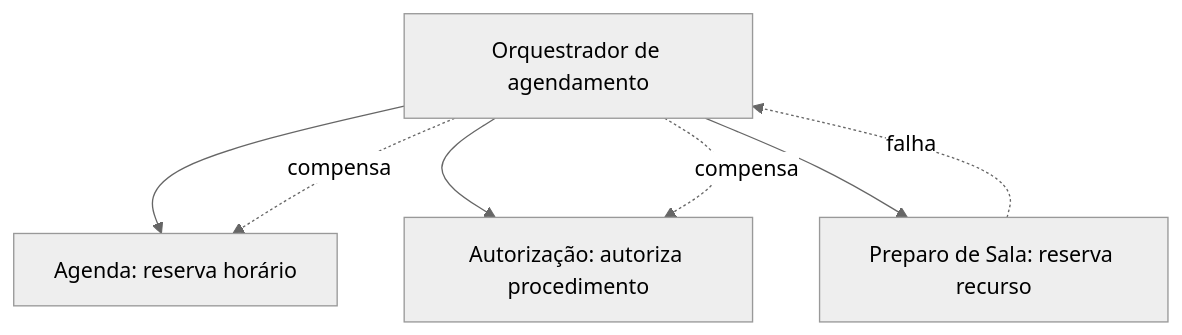
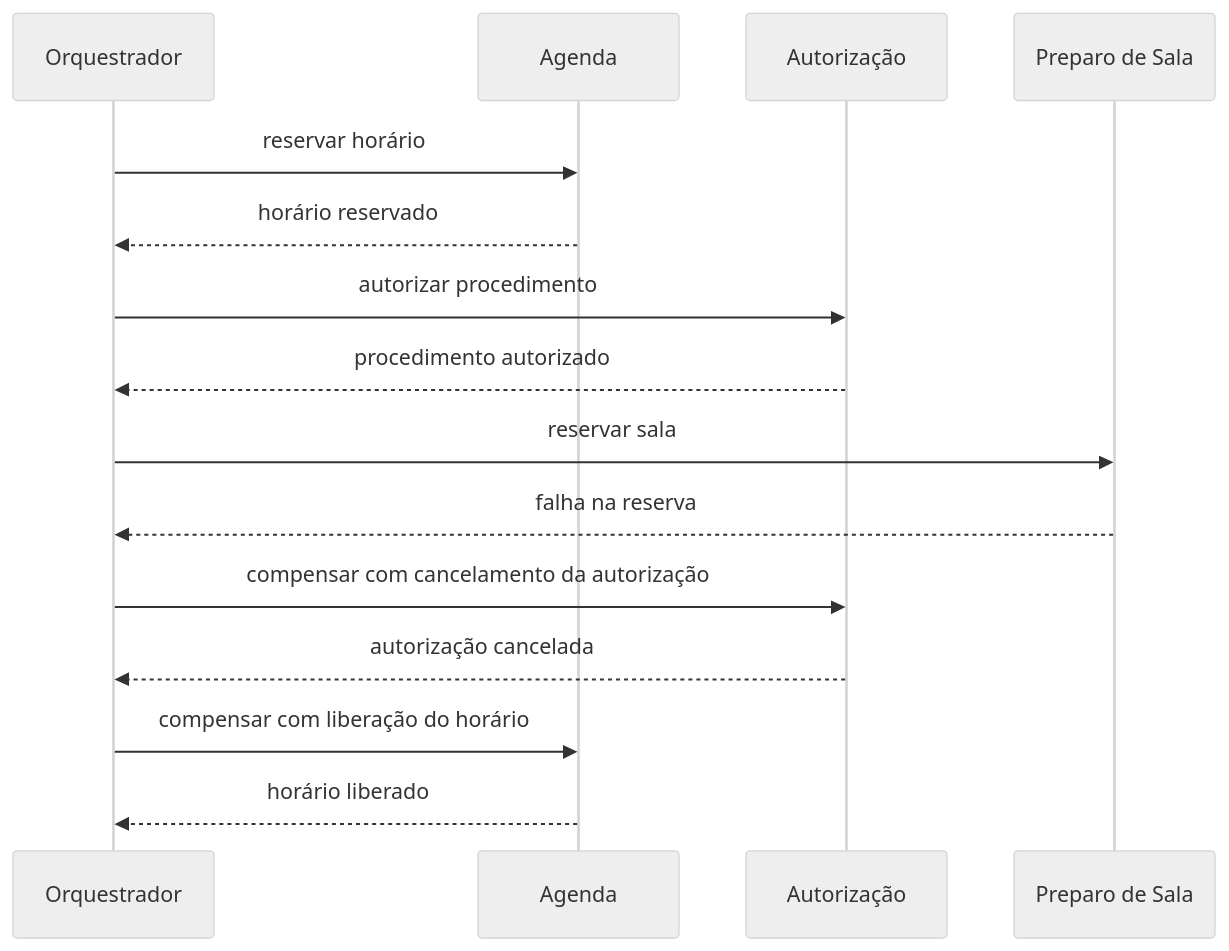
One commit to marco-mendes/arquitetura-software changed the sixth of 7 diagrams in docs/modulo-3-servicos/padroes-e-decisoes.md. Above: the diagram before and after it, drawn with Mermaid (neutral theme). The commit also changed other lines of this file and 3 other files, not shown here.

First line of the commit message:
docs(modulo-3): diagramas legíveis na largura da página

````diff
--- a/docs/modulo-3-servicos/padroes-e-decisoes.md
+++ b/docs/modulo-3-servicos/padroes-e-decisoes.md
@@ -404,9 +412,17 @@
 ```mermaid
-flowchart TB
-    O[Orquestrador de agendamento] --> A[Agenda: reserva horário]
-    O --> B[Autorização: autoriza procedimento]
-    O --> C[Preparo de Sala: reserva recurso]
-    C -.falha.-> O
-    O -.compensa.-> B
-    O -.compensa.-> A
+sequenceDiagram
+    participant O as Orquestrador
+    participant A as Agenda
+    participant U as Autorização
+    participant P as Preparo de Sala
+    O->>A: reservar horário
+    A-->>O: horário reservado
+    O->>U: autorizar procedimento
+    U-->>O: procedimento autorizado
+    O->>P: reservar sala
+    P-->>O: falha na reserva
+    O->>U: compensar com cancelamento da autorização
+    U-->>O: autorização cancelada
+    O->>A: compensar com liberação do horário
+    A-->>O: horário liberado
 ```
````
